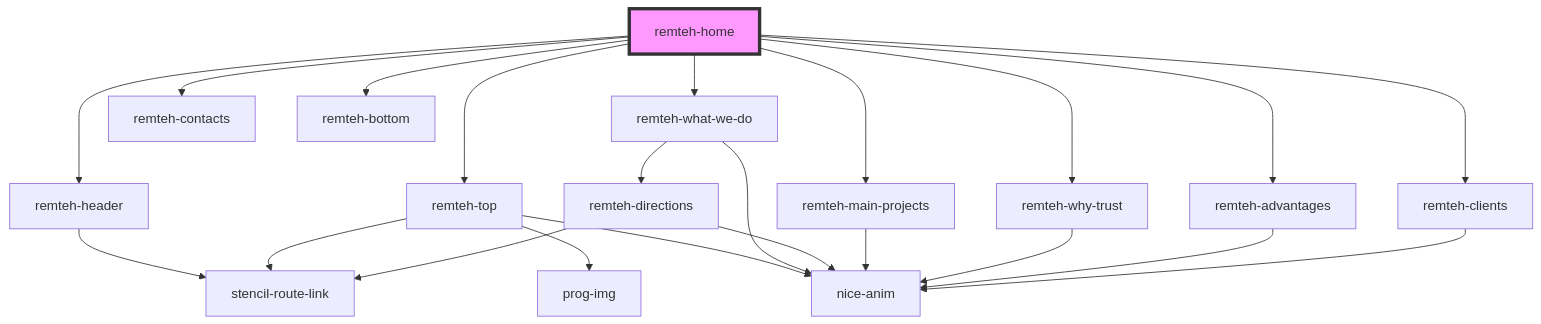
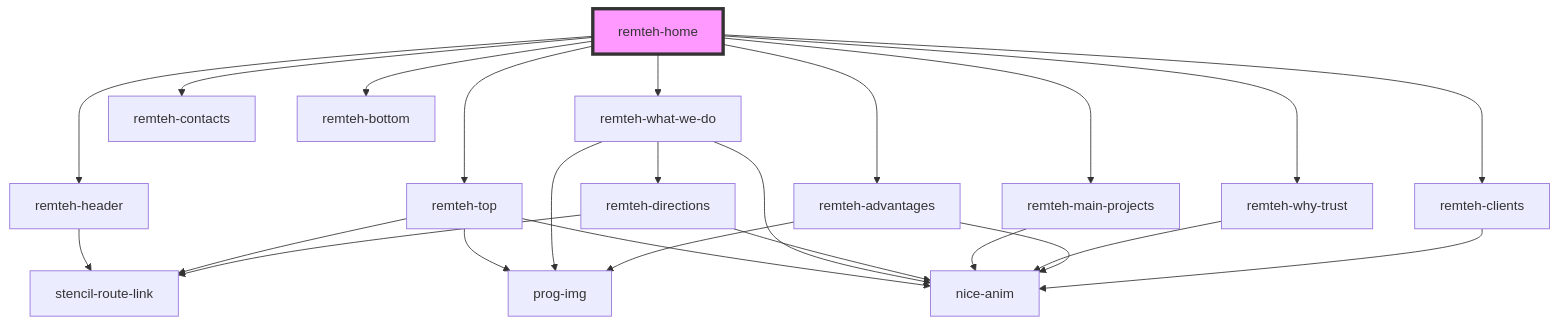
One commit to p1nta/remtehnaladka changed the diagram in src/components/home/readme.md. Above: the diagram before and after it, drawn with Mermaid. The commit also changed 24 other files, not shown here.

````diff
--- a/src/components/home/readme.md
+++ b/src/components/home/readme.md
@@ -23,25 +23,27 @@
 ```mermaid
 graph TD;
   remteh-home --> remteh-header
   remteh-home --> remteh-top
   remteh-home --> remteh-what-we-do
   remteh-home --> remteh-main-projects
   remteh-home --> remteh-why-trust
   remteh-home --> remteh-advantages
   remteh-home --> remteh-clients
   remteh-home --> remteh-contacts
   remteh-home --> remteh-bottom
   remteh-header --> stencil-route-link
   remteh-top --> prog-img
   remteh-top --> nice-anim
   remteh-top --> stencil-route-link
+  remteh-what-we-do --> prog-img
   remteh-what-we-do --> remteh-directions
   remteh-what-we-do --> nice-anim
   remteh-directions --> stencil-route-link
   remteh-directions --> nice-anim
   remteh-main-projects --> nice-anim
   remteh-why-trust --> nice-anim
+  remteh-advantages --> prog-img
   remteh-advantages --> nice-anim
   remteh-clients --> nice-anim
   style remteh-home fill:#f9f,stroke:#333,stroke-width:4px
 ```
````
